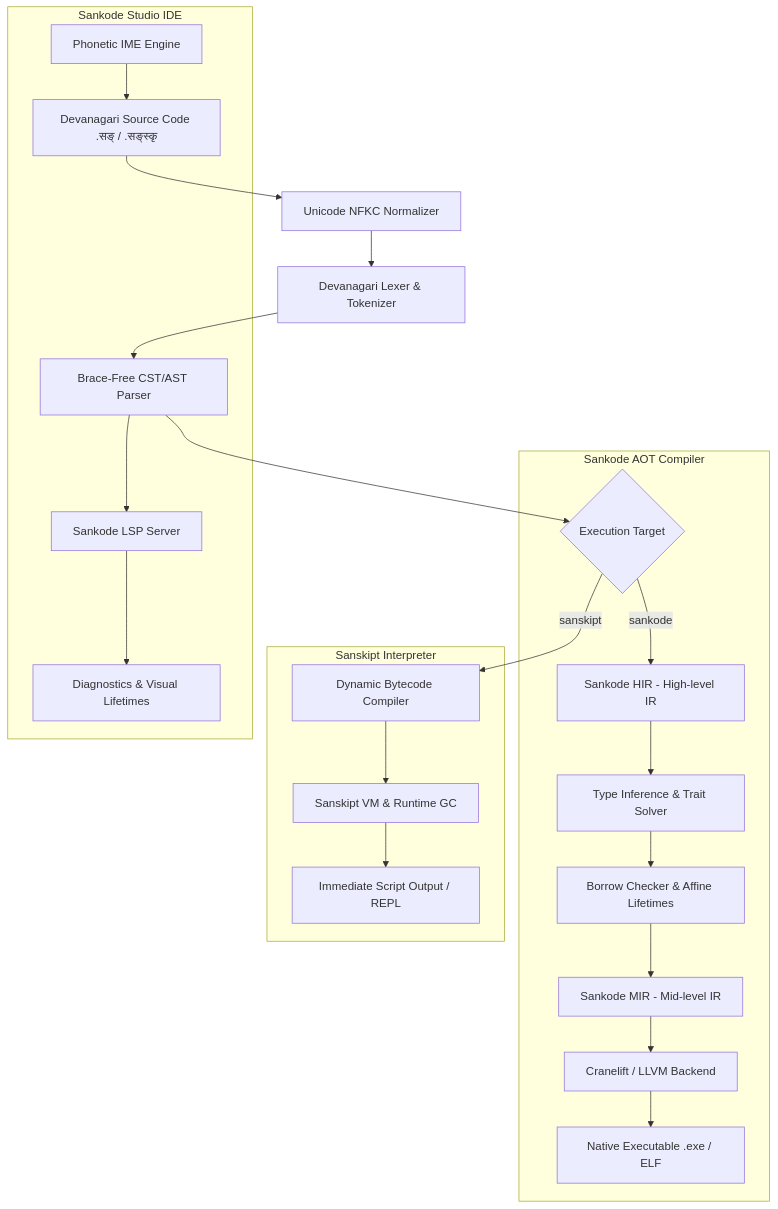
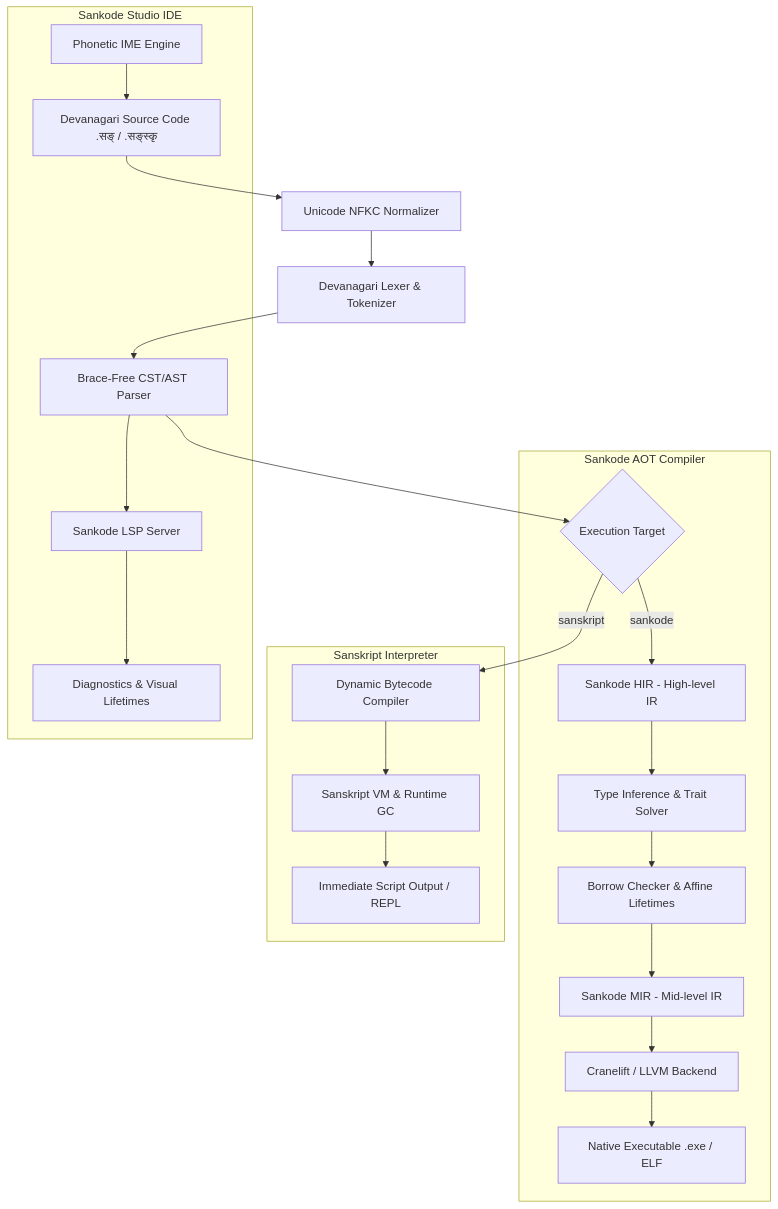
The diagram in docs/implementation_plan.md (tovganesh/sankode), drawn with Mermaid before and after one commit. The commit also changed other lines of this file and 12 other files, not shown here.

First line of the commit message:
feat: rename sanskipt to sanskript and add AOT native compiler backend (#10)

````diff
--- a/docs/implementation_plan.md
+++ b/docs/implementation_plan.md
@@ -216,29 +216,29 @@
 ```mermaid
 graph TD
     A[Devanagari Source Code .सङ् / .सङ्स्कृ] --> B[Unicode NFKC Normalizer]
     B --> C[Devanagari Lexer & Tokenizer]
     C --> D[Brace-Free CST/AST Parser]
     
     D --> E{Execution Target}
     
     subgraph Sankode AOT Compiler
         E -->|sankode| F[Sankode HIR - High-level IR]
         F --> G[Type Inference & Trait Solver]
         G --> H[Borrow Checker & Affine Lifetimes]
         H --> I[Sankode MIR - Mid-level IR]
         I --> J[Cranelift / LLVM Backend]
         J --> K[Native Executable .exe / ELF]
     end
     
-    subgraph Sanskipt Interpreter
-        E -->|sanskipt| L[Dynamic Bytecode Compiler]
-        L --> M[Sanskipt VM & Runtime GC]
+    subgraph Sanskript Interpreter
+        E -->|sanskript| L[Dynamic Bytecode Compiler]
+        L --> M[Sanskript VM & Runtime GC]
         M --> N[Immediate Script Output / REPL]
     end
     
     subgraph Sankode Studio IDE
         O[Phonetic IME Engine] --> A
         D --> P[Sankode LSP Server]
         P --> Q[Diagnostics & Visual Lifetimes]
     end
 ```
````
